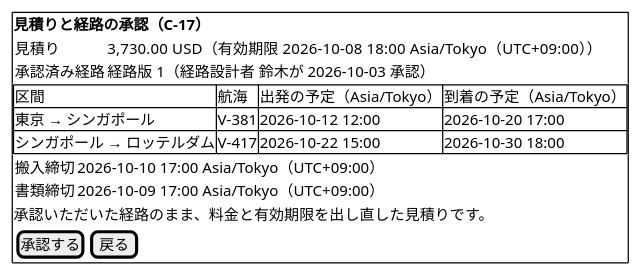
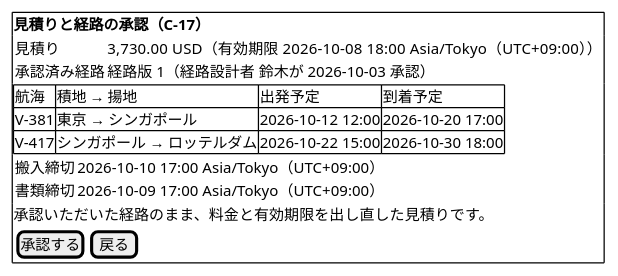
Before and after one commit to k2works/practical-domain-driven-design-in-enterpris-application: diagram 19 of 38 in docs/design/cargo-tracker/ui_design.md, drawn with PlantUML. The commit also changed other lines of this file and 15 other files, not shown here.

````diff
--- a/docs/design/cargo-tracker/ui_design.md
+++ b/docs/design/cargo-tracker/ui_design.md
@@ -995,22 +995,22 @@
 ```plantuml
 @startsalt
 {+
   <b>見積りと経路の承認（C-17）
   {
     見積り | 3,730.00 USD（有効期限 2026-10-08 18:00 Asia/Tokyo（UTC+09:00））
     承認済み経路 | 経路版 1（経路設計者 鈴木が 2026-10-03 承認）
   }
   {#
-    区間 | 航海 | 出発の予定（Asia/Tokyo） | 到着の予定（Asia/Tokyo）
-    東京 → シンガポール | V-381 | 2026-10-12 12:00 | 2026-10-20 17:00
-    シンガポール → ロッテルダム | V-417 | 2026-10-22 15:00 | 2026-10-30 18:00
+    航海 | 積地 → 揚地 | 出発予定 | 到着予定
+    V-381 | 東京 → シンガポール | 2026-10-12 12:00 | 2026-10-20 17:00
+    V-417 | シンガポール → ロッテルダム | 2026-10-22 15:00 | 2026-10-30 18:00
   }
   {
     搬入締切 | 2026-10-10 17:00 Asia/Tokyo（UTC+09:00）
     書類締切 | 2026-10-09 17:00 Asia/Tokyo（UTC+09:00）
   }
   承認いただいた経路のまま、料金と有効期限を出し直した見積りです。
   { [ 承認する ] | [ 戻る ] }
 }
 @endsalt
 ```
````
